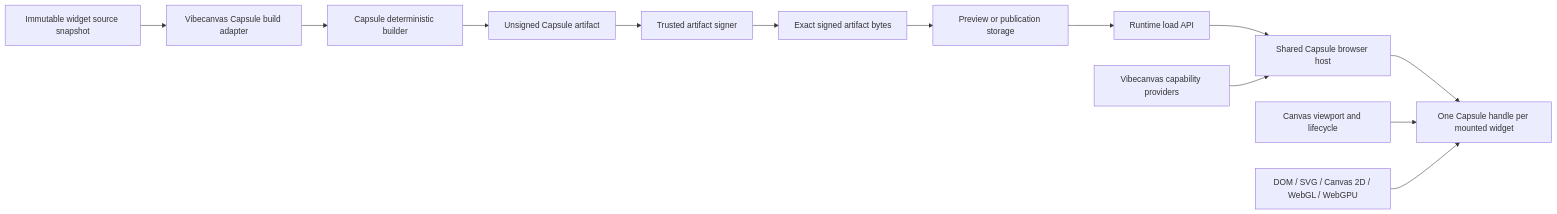
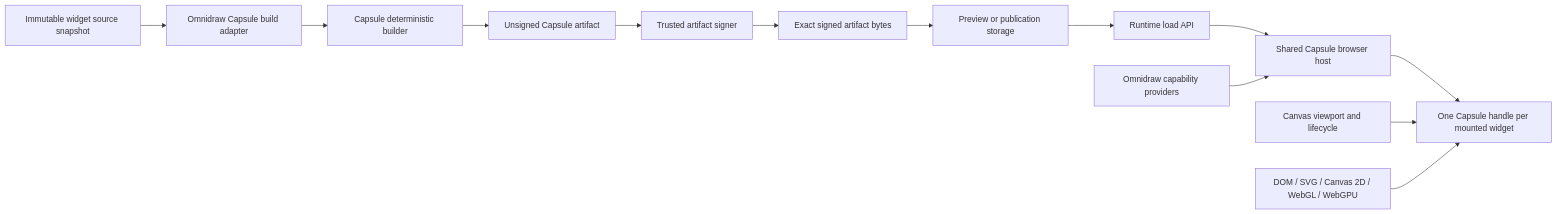
One commit to omnidraw/omnidraw changed the diagram in docs/internal/llm.capsule-migration.md. Above: the diagram before and after it, drawn with Mermaid. The commit also changed other lines of this file and 629 other files, not shown here.

````diff
--- a/docs/internal/llm.capsule-migration.md
+++ b/docs/internal/llm.capsule-migration.md
@@ -161,15 +161,15 @@
 ```mermaid
 flowchart LR
-  S["Immutable widget source snapshot"] --> B["Vibecanvas Capsule build adapter"]
+  S["Immutable widget source snapshot"] --> B["Omnidraw Capsule build adapter"]
   B --> C["Capsule deterministic builder"]
   C --> G["Unsigned Capsule artifact"]
   G --> X["Trusted artifact signer"]
   X --> A["Exact signed artifact bytes"]
   A --> P["Preview or publication storage"]
   P --> L["Runtime load API"]
   L --> H["Shared Capsule browser host"]
   H --> W["One Capsule handle per mounted widget"]
-  V["Vibecanvas capability providers"] --> H
+  V["Omnidraw capability providers"] --> H
   K["Canvas viewport and lifecycle"] --> W
   D["DOM / SVG / Canvas 2D / WebGL / WebGPU"] --> W
 ```
````
